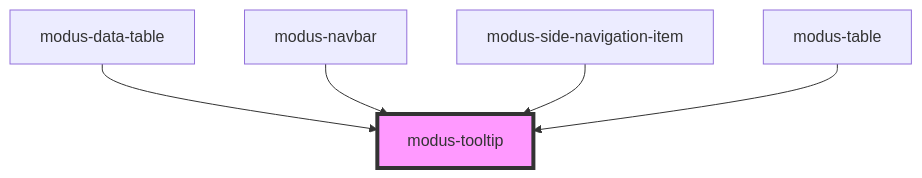
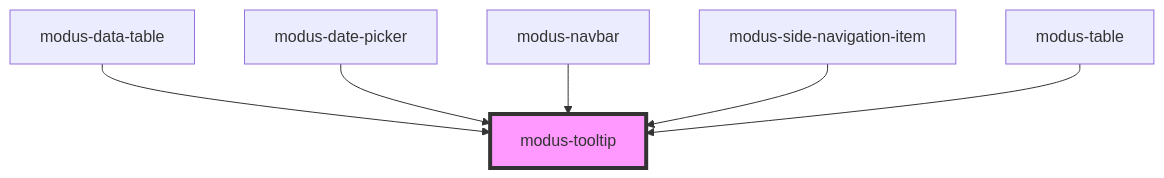
One commit to trimble-oss/modus-web-components changed the diagram in stencil-workspace/src/components/modus-tooltip/readme.md. Above: the diagram before and after it, drawn with Mermaid. The commit also changed other lines of this file and 8 other files, not shown here.

Commit message:
Date Picker Min Max feature

````diff
--- a/stencil-workspace/src/components/modus-tooltip/readme.md
+++ b/stencil-workspace/src/components/modus-tooltip/readme.md
@@ -28,8 +29,9 @@
 ```mermaid
 graph TD;
   modus-data-table --> modus-tooltip
+  modus-date-picker --> modus-tooltip
   modus-navbar --> modus-tooltip
   modus-side-navigation-item --> modus-tooltip
   modus-table --> modus-tooltip
   style modus-tooltip fill:#f9f,stroke:#333,stroke-width:4px
 ```
````
